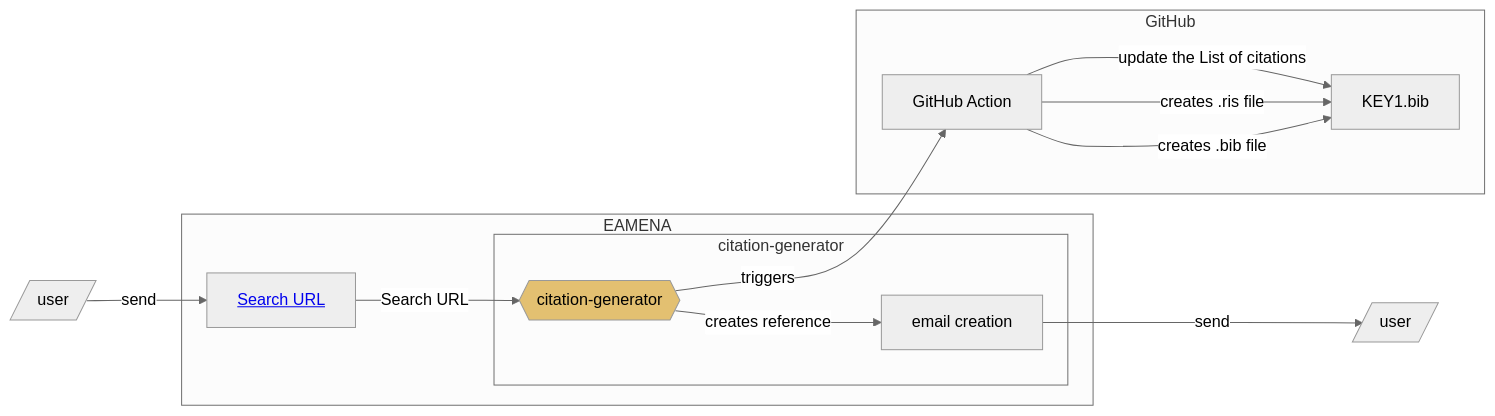
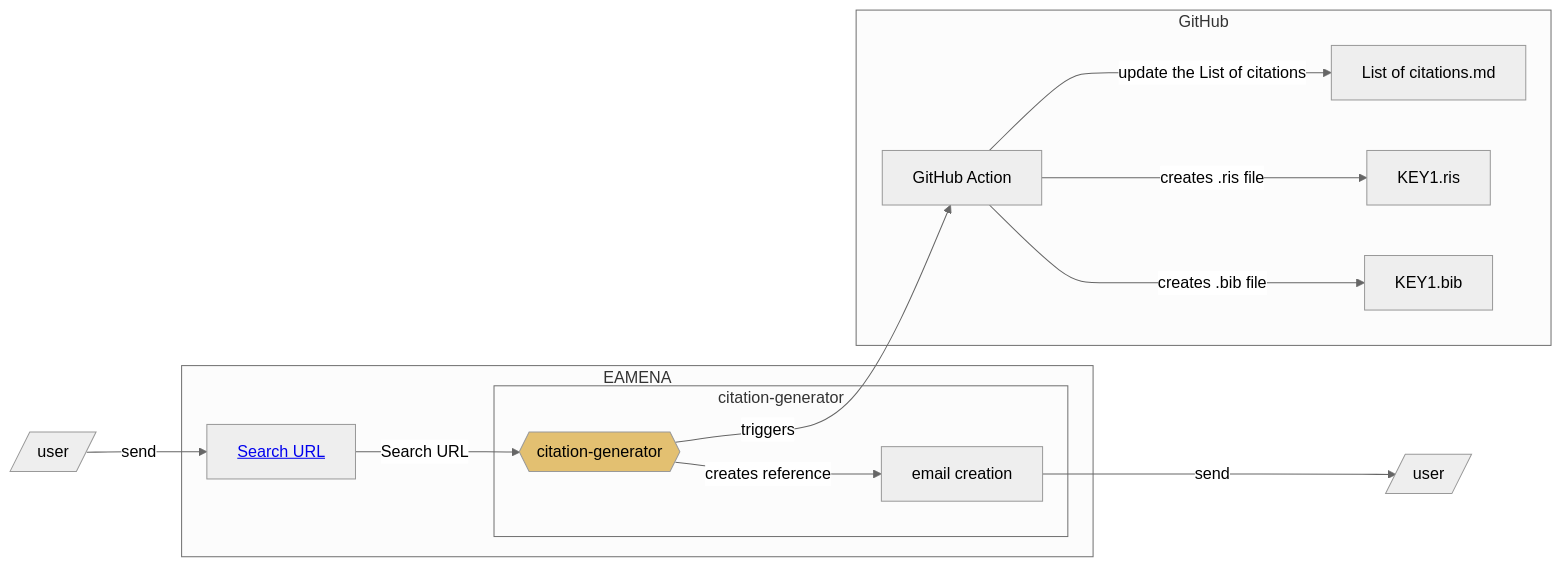
Before and after one commit to eamena-project/eamena-arches-dev: the second of 2 diagrams in data/bibref/README.md, drawn with Mermaid (neutral theme).

Commit message:
citation README

````diff
--- a/data/bibref/README.md
+++ b/data/bibref/README.md
@@ -37,18 +37,18 @@
 ```mermaid
 flowchart LR
 	U[/user/] -- send --> A[<a href='https://github.com/eamena-project/eamena-arches-dev/blob/main/dbs/database.eamena/docs/notes/Arches%207%20Upgrade.md#splitchunk'>Search URL</a>];
 	subgraph EAMENA
 	A --Search URL--> G{{citation-generator}}:::eamenaFunc;
 		subgraph citation-generator
 		G -- creates reference --> H[email creation];
 		end
 	end
 	G -- triggers --> F[GitHub Action]
 	H -- send --> Z[/user/];
 	subgraph GitHub
 	F -- update the List of citations --> I[List of citations.md]
-	F -- creates .ris file --> I[KEY1.ris]
-	F -- creates .bib file --> I[KEY1.bib]
+	F -- creates .ris file --> J[KEY1.ris]
+	F -- creates .bib file --> K[KEY1.bib]
 	end
 	classDef eamenaFunc fill:#e3c071;
 ```
````
